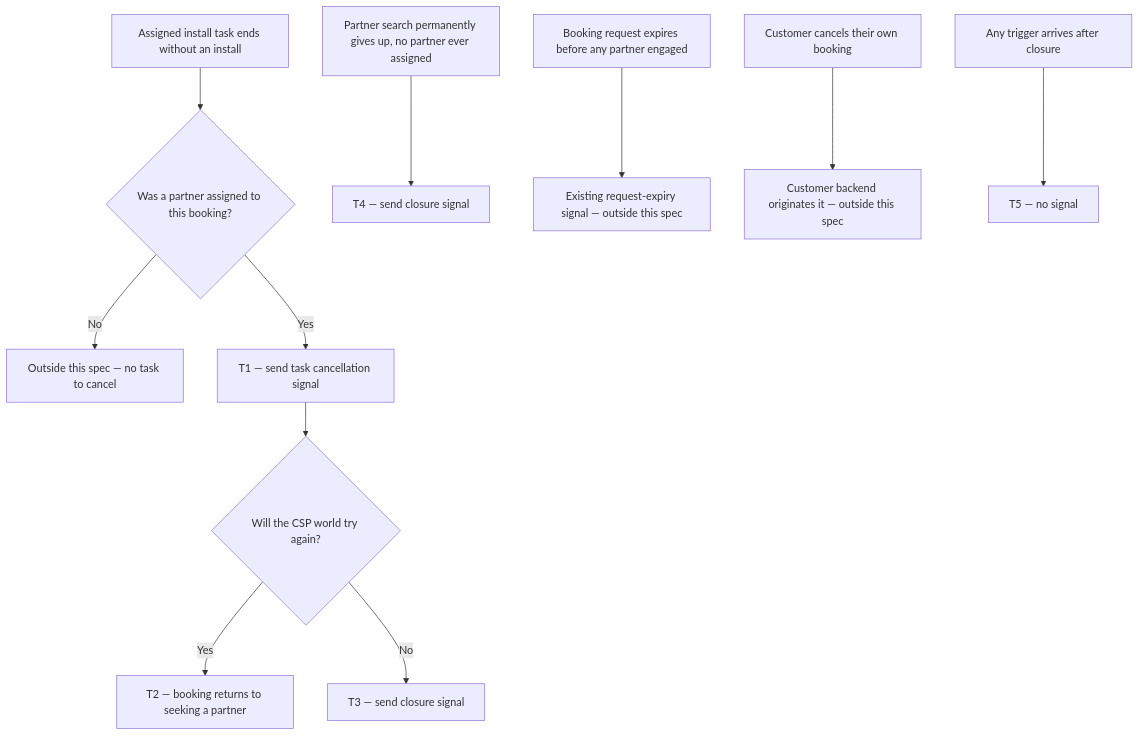
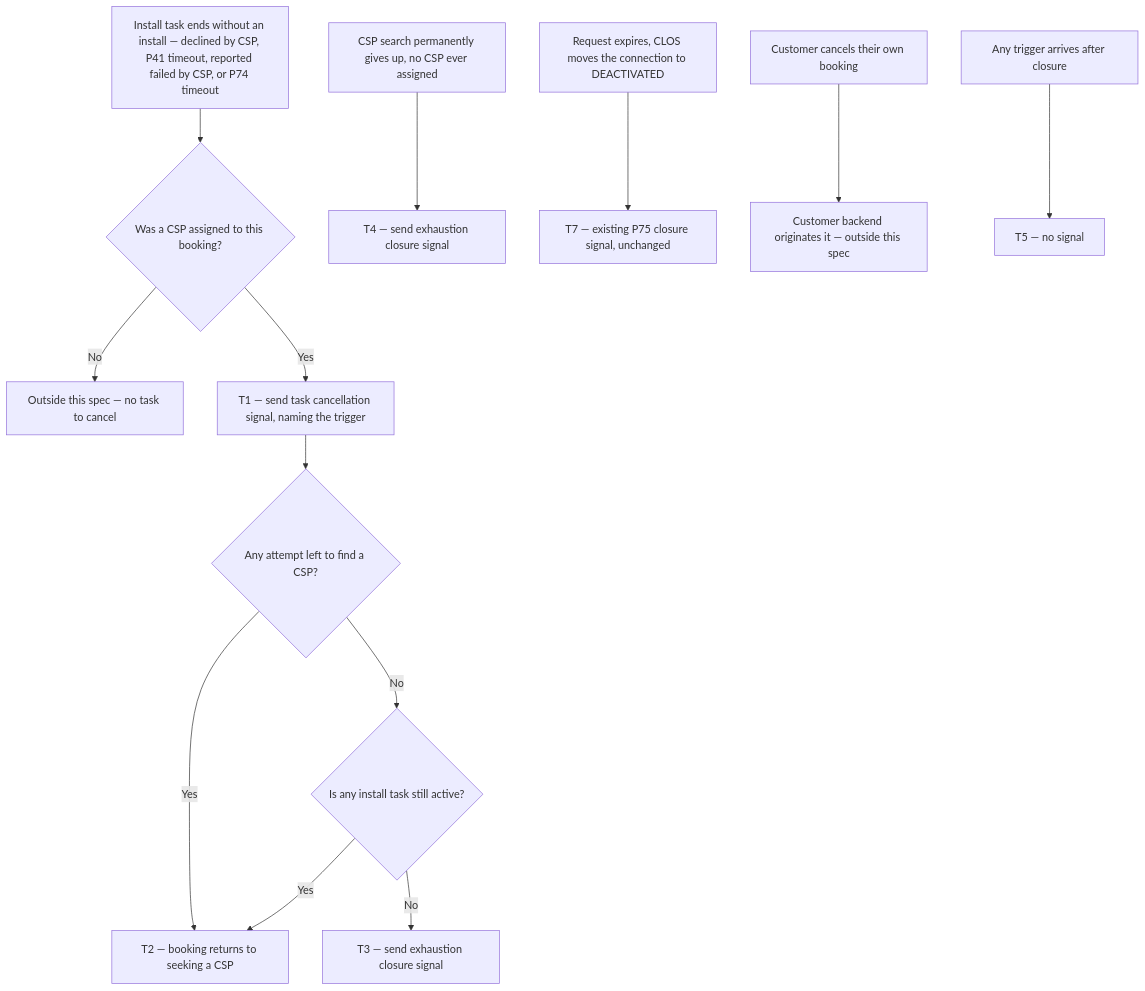
One commit to ashish-raj-wiom/install-booking-status-signals changed the diagram in Install_Booking_Status_Signals_PRD.md. Above: the diagram before and after it, drawn with Mermaid. The commit also changed other lines of this file and 1 other file, not shown here.

First line of the commit message:
Name the four triggers, split closure, renumber guardrails G1-G4

````diff
--- a/Install_Booking_Status_Signals_PRD.md
+++ b/Install_Booking_Status_Signals_PRD.md
@@ -99,17 +101,19 @@
 ```mermaid
 flowchart TD
-    A["Assigned install task ends without an install"] --> B{"Was a partner assigned to this booking?"}
+    A["Install task ends without an install — declined by CSP, P41 timeout, reported failed by CSP, or P74 timeout"] --> B{"Was a CSP assigned to this booking?"}
     B -- "No" --> C["Outside this spec — no task to cancel"]
-    B -- "Yes" --> D["T1 — send task cancellation signal"]
-    D --> E{"Will the CSP world try again?"}
-    E -- "Yes" --> F["T2 — booking returns to seeking a partner"]
-    E -- "No" --> G["T3 — send closure signal"]
+    B -- "Yes" --> D["T1 — send task cancellation signal, naming the trigger"]
+    D --> E{"Any attempt left to find a CSP?"}
+    E -- "Yes" --> F["T2 — booking returns to seeking a CSP"]
+    E -- "No" --> G{"Is any install task still active?"}
+    G -- "Yes" --> F
+    G -- "No" --> H["T3 — send exhaustion closure signal"]
 
-    H["Partner search permanently gives up, no partner ever assigned"] --> I["T4 — send closure signal"]
+    I["CSP search permanently gives up, no CSP ever assigned"] --> J["T4 — send exhaustion closure signal"]
 
-    J["Booking request expires before any partner engaged"] --> K["Existing request-expiry signal — outside this spec"]
+    K["Request expires, CLOS moves the connection to DEACTIVATED"] --> L["T7 — existing P75 closure signal, unchanged"]
 
-    N["Customer cancels their own booking"] --> O["Customer backend originates it — outside this spec"]
+    M["Customer cancels their own booking"] --> N["Customer backend originates it — outside this spec"]
 
-    L["Any trigger arrives after closure"] --> M["T5 — no signal"]
+    O["Any trigger arrives after closure"] --> P["T5 — no signal"]
 ```
````
